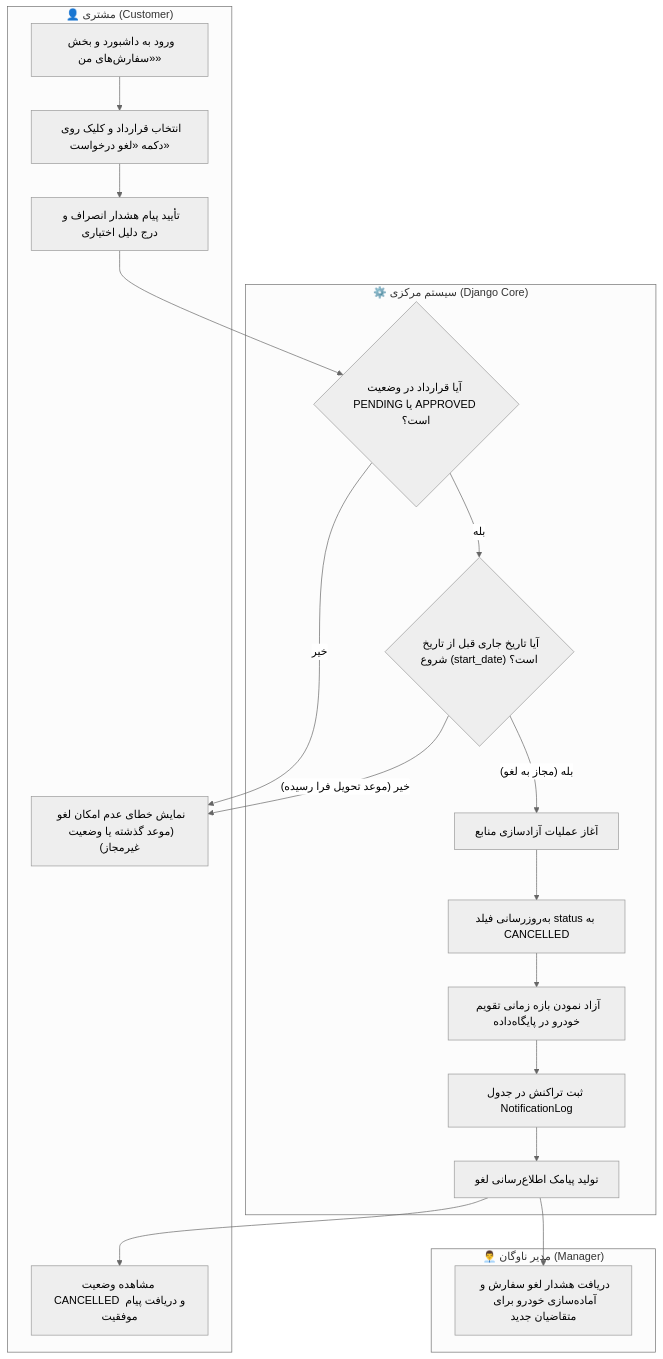
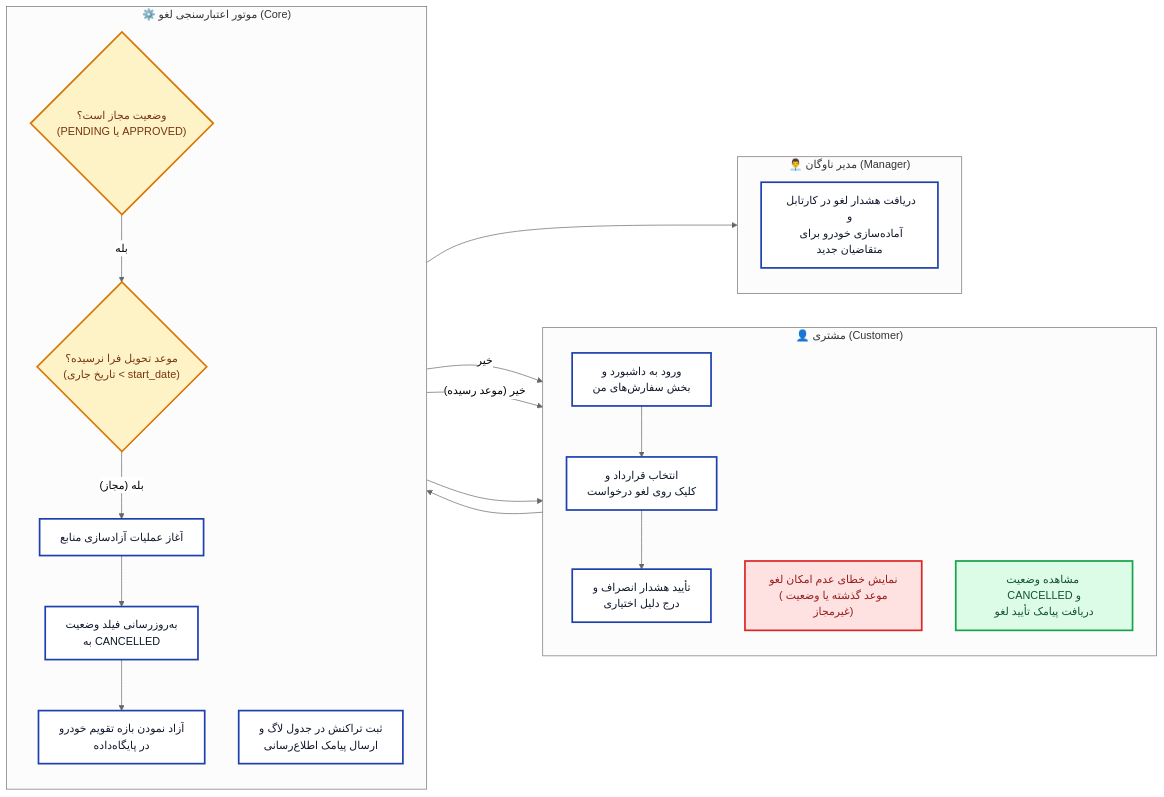
Before and after one commit to SoroushHamedi-Net/django-car-rental-project: the third of 4 diagrams in README.md, drawn with Mermaid (neutral theme). The commit also changed other lines of this file and 14 other files, not shown here.

First line of the commit message:
docs(diagrams): upgrade process diagrams to 3x Retina HD with compact readable layout

````diff
--- a/README.md
+++ b/README.md
@@ -149,35 +152,41 @@
 ```mermaid
-flowchart TD
+flowchart LR
     subgraph Customer ["👤 مشتری (Customer)"]
-        U1["ورود به داشبورد و بخش «سفارش‌های من»"] --> U2["انتخاب قرارداد و کلیک روی دکمه «لغو درخواست»"]
-        U2 --> U3["تأیید پیام هشدار انصراف و درج دلیل اختیاری"]
-        U6["نمایش خطای عدم امکان لغو (موعد گذشته یا وضعیت غیرمجاز)"]
-        U7["مشاهده وضعیت CANCELLED و دریافت پیام موفقیت"]
+        direction TB
+        U1["ورود به داشبورد و<br/>بخش سفارش‌های من"] --> U2["انتخاب قرارداد و<br/>کلیک روی لغو درخواست"]
+        U2 --> U3["تأیید هشدار انصراف و<br/>درج دلیل اختیاری"]
+        U_ERR["نمایش خطای عدم امکان لغو<br/>(موعد گذشته یا وضعیت غیرمجاز)"]
+        U_OK["مشاهده وضعیت CANCELLED و<br/>دریافت پیامک تأیید لغو"]
     end
 
-    subgraph System ["⚙️ سیستم مرکزی (Django Core)"]
-        V1{"آیا قرارداد در وضعیت PENDING یا APPROVED است؟"}
-        V2{"آیا تاریخ جاری قبل از تاریخ شروع (start_date) است؟"}
+    subgraph System ["⚙️ موتور اعتبارسنجی لغو (Core)"]
+        direction TB
+        V1{"وضعیت مجاز است؟<br/>(PENDING یا APPROVED)"}
+        V2{"موعد تحویل فرا نرسیده؟<br/>(تاریخ جاری < start_date)"}
         V3["آغاز عملیات آزادسازی منابع"]
-        V4["به‌روزرسانی فیلد status به CANCELLED"]
-        V5["آزاد نمودن بازه زمانی تقویم خودرو در پایگاه‌داده"]
-        V6["ثبت تراکنش در جدول NotificationLog"]
-        V7["تولید پیامک اطلاع‌رسانی لغو"]
+        V4["به‌روزرسانی فیلد وضعیت<br/>به CANCELLED"]
+        V5["آزاد نمودن بازه تقویم خودرو<br/>در پایگاه‌داده"]
+        V6["ثبت تراکنش در جدول لاگ و<br/>ارسال پیامک اطلاع‌رسانی"]
     end
 
     subgraph Manager ["👨‍💼 مدیر ناوگان (Manager)"]
-        M_NOTIF["دریافت هشدار لغو سفارش و آماده‌سازی خودرو برای متقاضیان جدید"]
+        direction TB
+        M_NOTIF["دریافت هشدار لغو در کارتابل و<br/>آماده‌سازی خودرو برای متقاضیان جدید"]
     end
 
     U3 --> V1
-    V1 -- "خیر" --> U6
+    V1 -- "خیر" --> U_ERR
     V1 -- "بله" --> V2
-    V2 -- "خیر (موعد تحویل فرا رسیده)" --> U6
-    V2 -- "بله (مجاز به لغو)" --> V3
-    V3 --> V4
-    V4 --> V5
-    V5 --> V6
-    V6 --> V7
-    V7 --> U7
-    V7 --> M_NOTIF
+    V2 -- "خیر (موعد رسیده)" --> U_ERR
+    V2 -- "بله (مجاز)" --> V3 --> V4 --> V5
+    V5 --> U_OK
+    V5 --> M_NOTIF
+
+    classDef default fill:#ffffff,stroke:#1e40af,stroke-width:2.5px,color:#0f172a;
+    classDef decision fill:#fef3c7,stroke:#d97706,stroke-width:2.5px,color:#78350f;
+    classDef error fill:#fee2e2,stroke:#dc2626,stroke-width:2.5px,color:#991b1b;
+    classDef success fill:#dcfce7,stroke:#16a34a,stroke-width:2.5px,color:#14532d;
+    class V1,V2 decision;
+    class U_ERR error;
+    class U_OK success;
 ```
````
